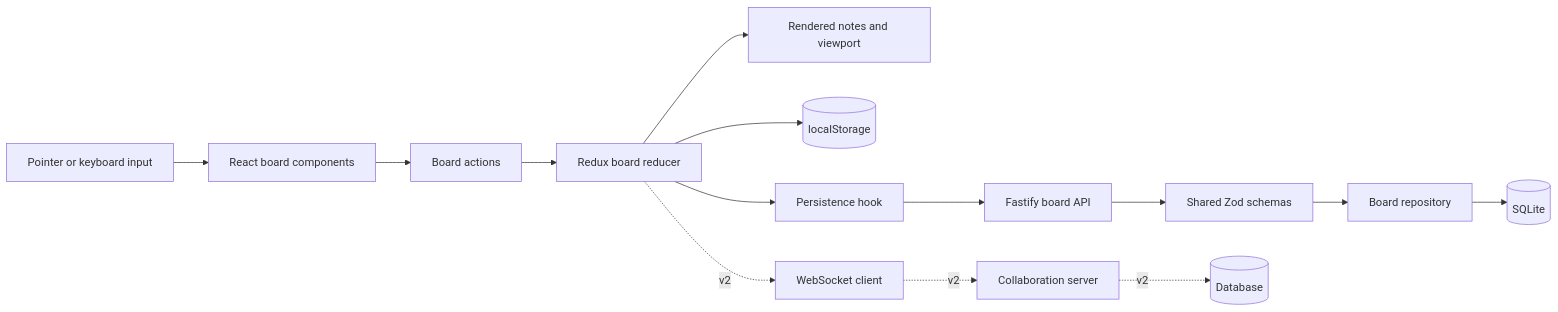
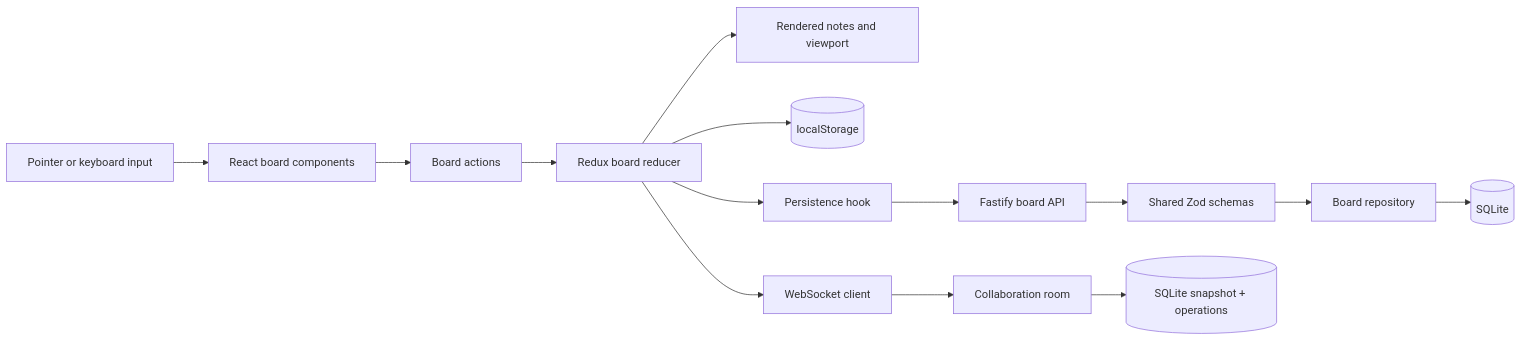
One commit to KyleSudu/gatherboard changed the first of 4 diagrams in PROJECT_PLAN.md. Above: the diagram before and after it, drawn with Mermaid. The commit also changed other lines of this file and 2 other files, not shown here.

````diff
--- a/PROJECT_PLAN.md
+++ b/PROJECT_PLAN.md
@@ -58,18 +60,18 @@
 ```mermaid
 flowchart LR
     Input[Pointer or keyboard input] --> UI[React board components]
     UI --> Commands[Board actions]
     Commands --> Store[Redux board reducer]
     Store --> View[Rendered notes and viewport]
     Store --> Local[(localStorage)]
 
     Store --> Sync[Persistence hook]
     Sync --> API[Fastify board API]
     API --> Validation[Shared Zod schemas]
     Validation --> Repository[Board repository]
     Repository --> SQLite[(SQLite)]
 
-    Store -. v2 .-> Socket[WebSocket client]
-    Socket -. v2 .-> Server[Collaboration server]
-    Server -. v2 .-> Database[(Database)]
+    Store --> Socket[WebSocket client]
+    Socket --> Server[Collaboration room]
+    Server --> Database[(SQLite snapshot + operations)]
 ```
````
